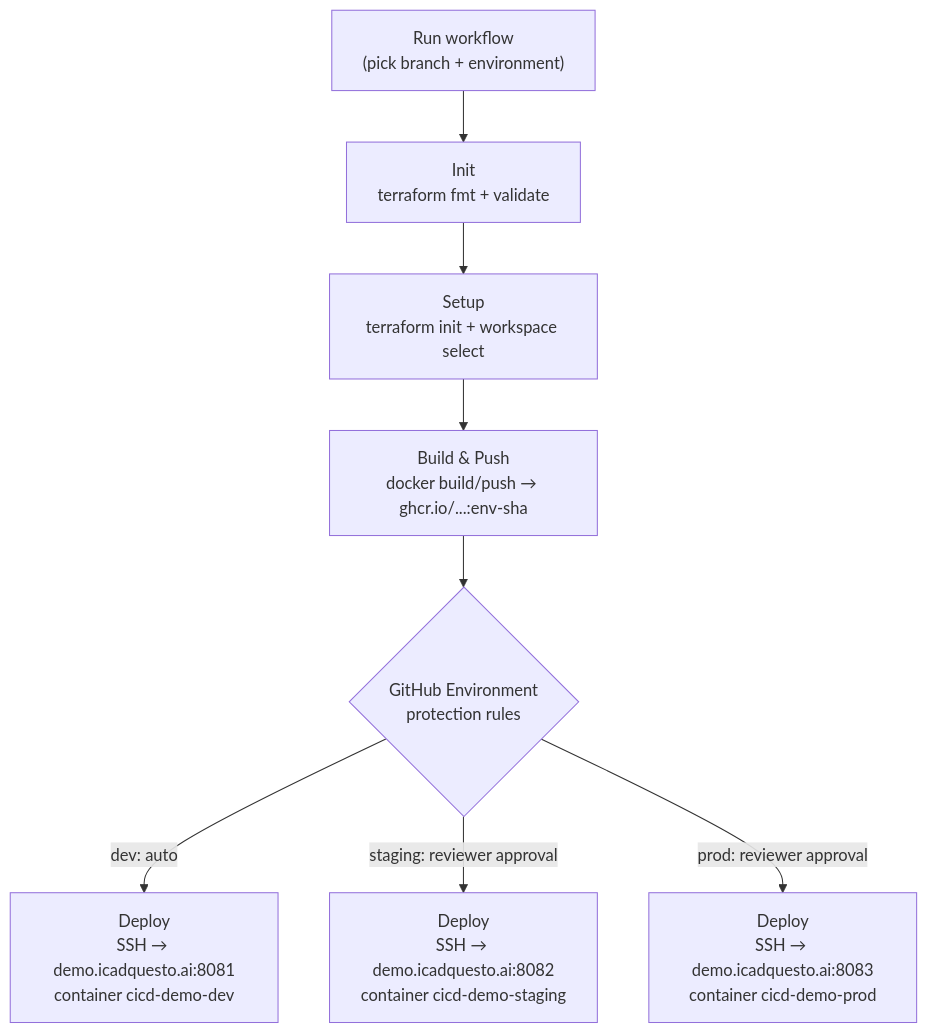
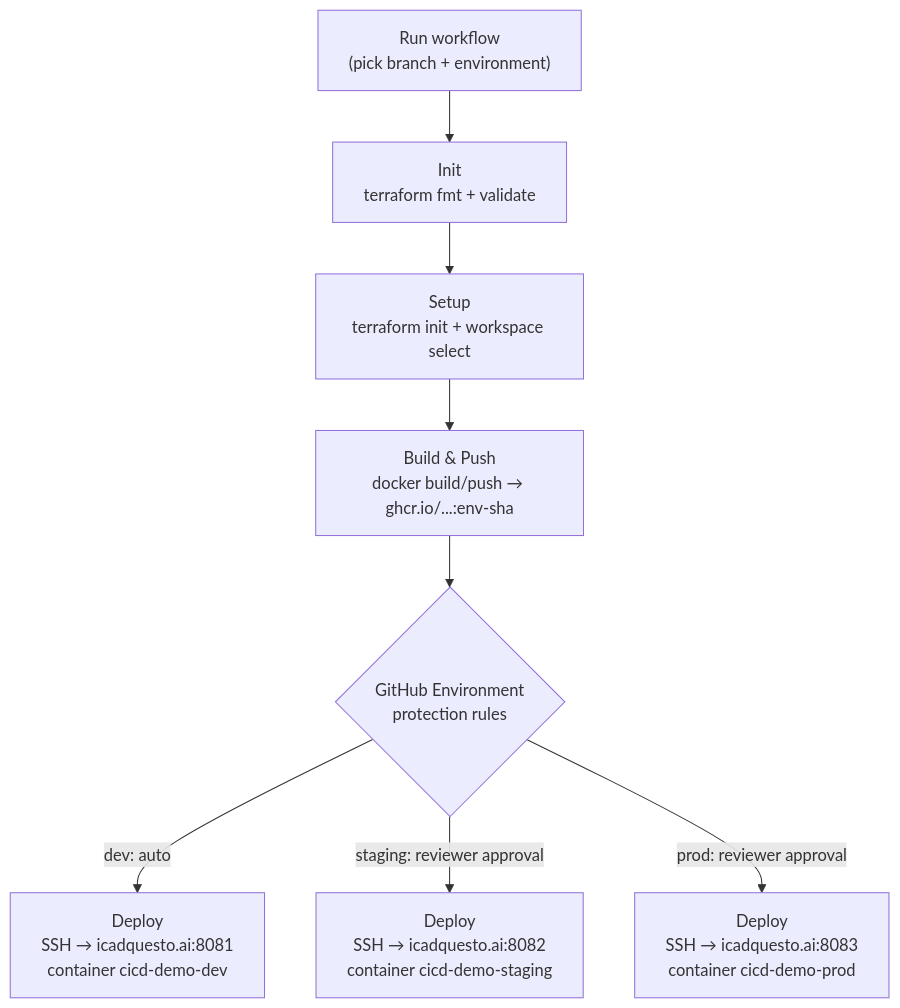
Before and after one commit to chandnitin333/cicd-demo: the diagram in README.md, drawn with Mermaid. The commit also changed other lines of this file and 4 other files, not shown here.

````diff
--- a/README.md
+++ b/README.md
@@ -40,10 +40,10 @@
 ```mermaid
 flowchart TD
     A["Run workflow\n(pick branch + environment)"] --> B[Init\nterraform fmt + validate]
     B --> C["Setup\nterraform init + workspace select"]
     C --> D["Build & Push\ndocker build/push → ghcr.io/...:env-sha"]
     D --> E{GitHub Environment\nprotection rules}
-    E -->|dev: auto| F1["Deploy\nSSH → demo.icadquesto.ai:8081\ncontainer cicd-demo-dev"]
-    E -->|staging: reviewer approval| F2["Deploy\nSSH → demo.icadquesto.ai:8082\ncontainer cicd-demo-staging"]
-    E -->|prod: reviewer approval| F3["Deploy\nSSH → demo.icadquesto.ai:8083\ncontainer cicd-demo-prod"]
+    E -->|dev: auto| F1["Deploy\nSSH → icadquesto.ai:8081\ncontainer cicd-demo-dev"]
+    E -->|staging: reviewer approval| F2["Deploy\nSSH → icadquesto.ai:8082\ncontainer cicd-demo-staging"]
+    E -->|prod: reviewer approval| F3["Deploy\nSSH → icadquesto.ai:8083\ncontainer cicd-demo-prod"]
 ```
````
